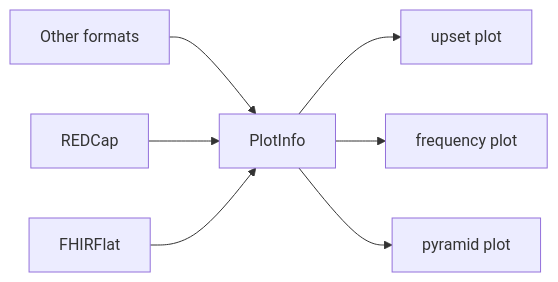
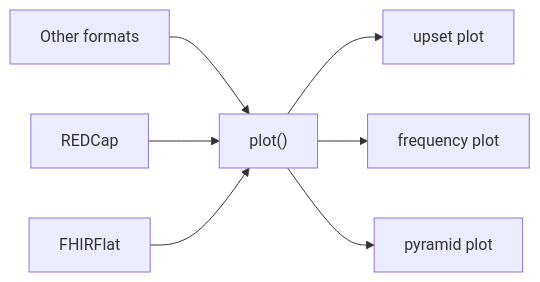
The diagram in README.md (globaldothealth/polyflame), drawn with Mermaid before and after one commit. The commit also changed other lines of this file and 1 other file, not shown here.

Commit message:
docs: add plots Jupyter notebook

````diff
--- a/README.md
+++ b/README.md
@@ -46,8 +46,8 @@
 ```mermaid
 flowchart LR
-OTH[Other formats] --> PlotInfo
-REDCap --> PlotInfo
-FHIRFlat --> PlotInfo --> UP[upset plot]
-PlotInfo --> FREQ[frequency plot]
-PlotInfo --> P[pyramid plot]
+OTH[Other formats] --> plot["plot()"]
+REDCap --> plot
+FHIRFlat --> plot --> UP[upset plot]
+plot --> FREQ[frequency plot]
+plot --> P[pyramid plot]
 ```
````
